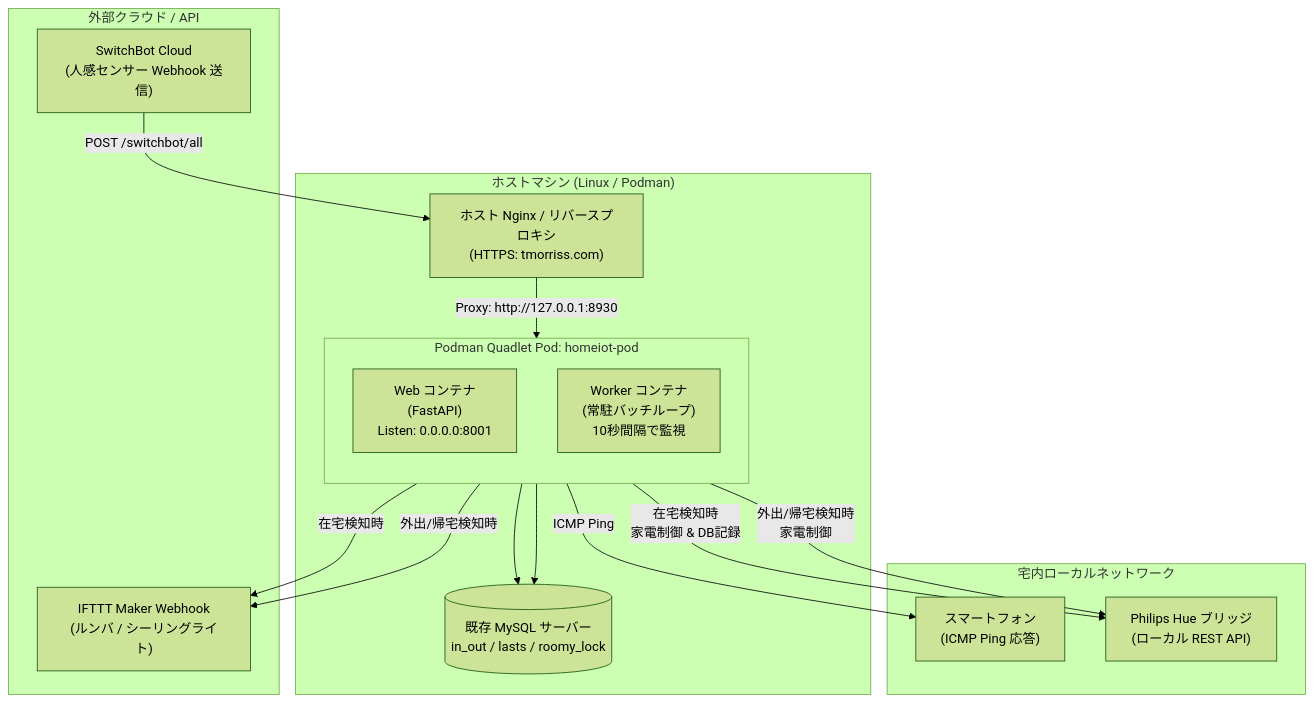
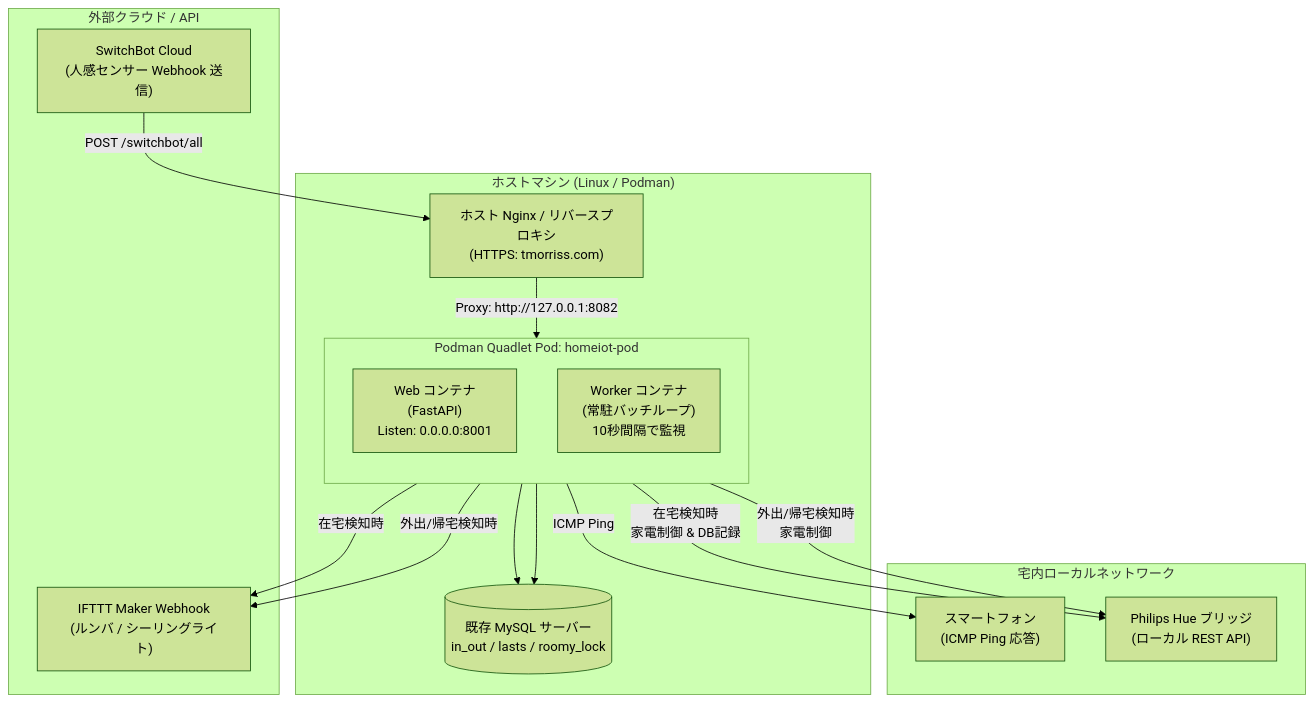
One commit to tMorriss/HomeIotManager changed the first of 2 diagrams in docs/architecture.md. Above: the diagram before and after it, drawn with Mermaid (forest theme). The commit also changed other lines of this file and 4 other files, not shown here.

````diff
--- a/docs/architecture.md
+++ b/docs/architecture.md
@@ -26,36 +26,36 @@
 ```mermaid
 flowchart TD
     subgraph Host["ホストマシン (Linux / Podman)"]
         Nginx["ホスト Nginx / リバースプロキシ\n(HTTPS: tmorriss.com)"]
         
         subgraph Pod["Podman Quadlet Pod: homeiot-pod"]
             direction TB
             WebContainer["Web コンテナ\n(FastAPI)\nListen: 0.0.0.0:8001"]
             WorkerContainer["Worker コンテナ\n(常駐バッチループ)\n10秒間隔で監視"]
         end
 
         MySQL[(既存 MySQL サーバー\nin_out / lasts / roomy_lock)]
     end
 
     subgraph LAN["宅内ローカルネットワーク"]
         Smartphones["スマートフォン\n(ICMP Ping 応答)"]
         HueBridge["Philips Hue ブリッジ\n(ローカル REST API)"]
     end
 
     subgraph External["外部クラウド / API"]
         SwitchBotCloud["SwitchBot Cloud\n(人感センサー Webhook 送信)"]
         IFTTT["IFTTT Maker Webhook\n(ルンバ / シーリングライト)"]
     end
 
     %% 通信フロー
     SwitchBotCloud -->|"POST /switchbot/all"| Nginx
-    Nginx -->|"Proxy: http://127.0.0.1:8930"| WebContainer
+    Nginx -->|"Proxy: http://127.0.0.1:8082"| WebContainer
     WebContainer -->|"在宅検知時\n家電制御 & DB記録"| HueBridge
     WebContainer -->|"在宅検知時"| IFTTT
     WebContainer --> MySQL
 
     WorkerContainer -->|"ICMP Ping"| Smartphones
     WorkerContainer -->|"外出/帰宅検知時\n家電制御"| HueBridge
     WorkerContainer -->|"外出/帰宅検知時"| IFTTT
     WorkerContainer --> MySQL
 ```
````
